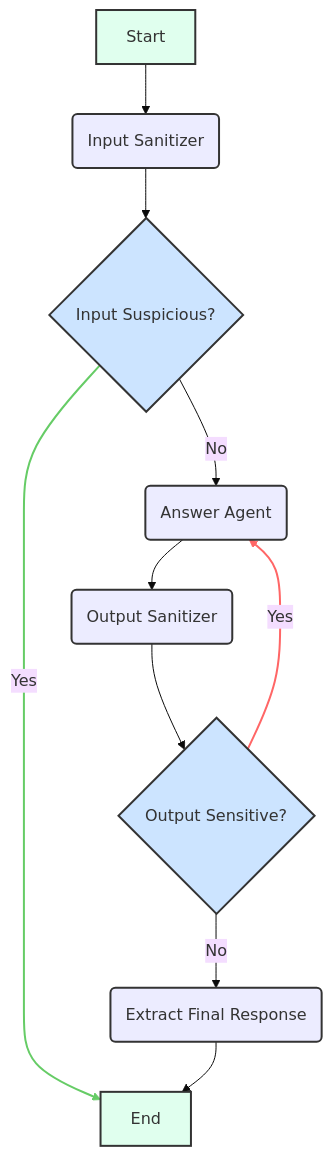
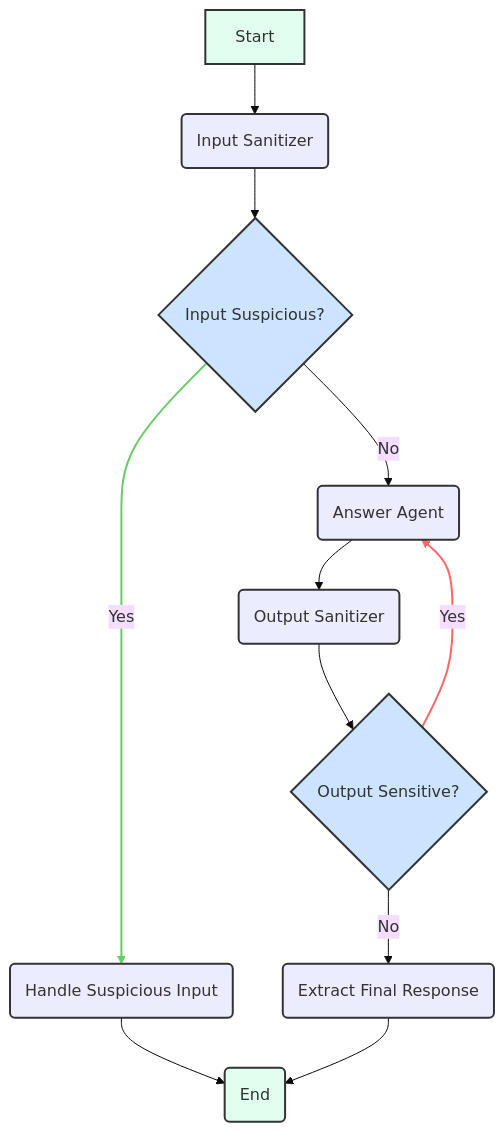
One commit to yu-iskw/llmops-demo-ts changed the diagram in packages/backend/src/agents/secure_agent/README.md. Above: the diagram before and after it, drawn with Mermaid (base theme). The commit also changed other lines of this file and 4 other files, not shown here.

````diff
--- a/packages/backend/src/agents/secure_agent/README.md
+++ b/packages/backend/src/agents/secure_agent/README.md
@@ -46,37 +54,40 @@
 ```mermaid
 graph TD
     A[Start] --> B(Input Sanitizer);
     B --> C{Input Suspicious?};
     C -- No --> D(Answer Agent);
     D --> E(Output Sanitizer);
     E --> F{Output Sensitive?};
     F -- Yes --> D;
-    C -- Yes --> G[End];
+    C -- Yes --> G(Handle Suspicious Input);
+    G --> Z(End);
     F -- No --> H(Extract Final Response);
-    H --> G;
+    H --> Z;
 
     %% Node descriptions
     classDef defaultNode fill:#ECECFF,stroke:#333,stroke-width:2px;
     classDef decisionNode fill:#CCE4FF,stroke:#333,stroke-width:2px;
     classDef startEndNode fill:#E0FFEE,stroke:#333,stroke-width:2px;
 
     style A fill:#E0FFEE,stroke:#333,stroke-width:2px;
-    style G fill:#E0FFEE,stroke:#333,stroke-width:2px;
+    style Z fill:#E0FFEE,stroke:#333,stroke-width:2px;
     style B fill:#ECECFF,stroke:#333,stroke-width:2px;
     style D fill:#ECECFF,stroke:#333,stroke-width:2px;
     style E fill:#ECECFF,stroke:#333,stroke-width:2px;
     style H fill:#ECECFF,stroke:#333,stroke-width:2px;
+    style G fill:#ECECFF,stroke:#333,stroke-width:2px;
     style C fill:#CCE4FF,stroke:#333,stroke-width:2px;
     style F fill:#CCE4FF,stroke:#333,stroke-width:2px;
 
     linkStyle 5 stroke:#f66,stroke-width:2px;
     linkStyle 6 stroke:#6c6,stroke-width:2px;
 
     click A "packages/backend/src/agents/secure_agent/secureAgent.ts" "SecureAgent Entry Point"
-    click B "packages/backend/src/agents/secure_agent/secureAgentNodes.ts#L15-L45" "callInputSanitizer Node Function"
-    click D "packages/backend/src/agents/secure_agent/secureAgentNodes.ts#L47-L77" "callRequestAnswerer Node Function"
-    click E "packages/backend/src/agents/secure_agent/secureAgentNodes.ts#L79-L108" "callOutputSanitizer Node Function"
-    click H "packages/backend/src/agents/secure_agent/secureAgentNodes.ts#L111-L117" "extractFinalResponse Node Function"
-    click C "packages/backend/src/agents/secure_agent/secureAgentBuilder.ts#L34-L49" "Input Sanitizer Conditional Logic"
-    click F "packages/backend/src/agents/secure_agent/secureAgentBuilder.ts#L52-L68" "Output Sanitizer Conditional Logic"
+    click B "packages/backend/src/agents/secure_agent/secureAgentNodes.ts#L12-L44" "callInputSanitizer Node Function"
+    click D "packages/backend/src/agents/secure_agent/secureAgentNodes.ts#L46-L76" "callRequestAnswerer Node Function"
+    click E "packages/backend/src/agents/secure_agent/secureAgentNodes.ts#L78-L106" "callOutputSanitizer Node Function"
+    click H "packages/backend/src/agents/secure_agent/secureAgentNodes.ts#L108-L115" "extractFinalResponse Node Function"
+    click G "packages/backend/src/agents/secure_agent/secureAgentNodes.ts#L117-L136" "handleSuspiciousInput Node Function"
+    click C "packages/backend/src/agents/secure_agent/secureAgentBuilder.ts#L42-L57" "Input Sanitizer Conditional Logic"
+    click F "packages/backend/src/agents/secure_agent/secureAgentBuilder.ts#L60-L77" "Output Sanitizer Conditional Logic"
 ```
````
